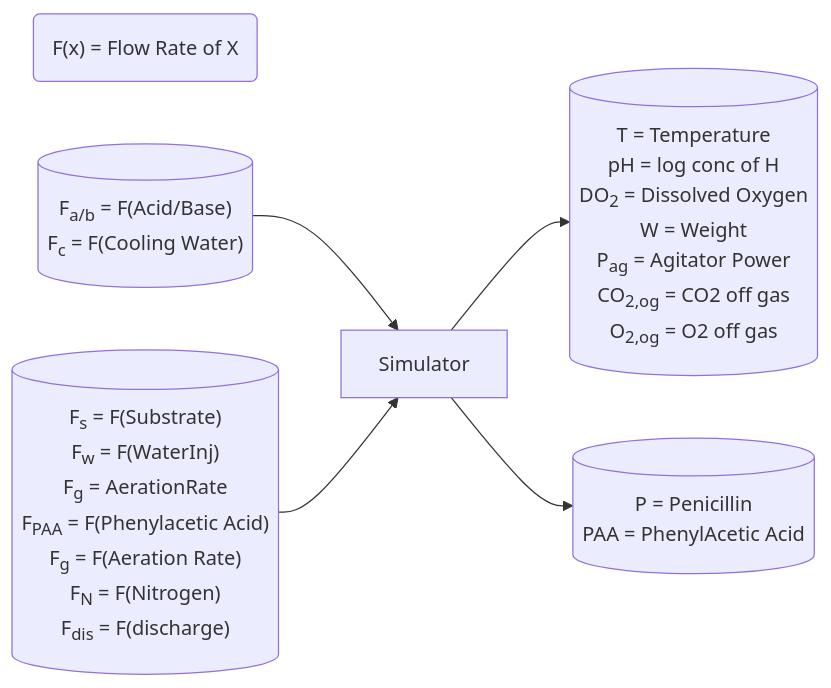
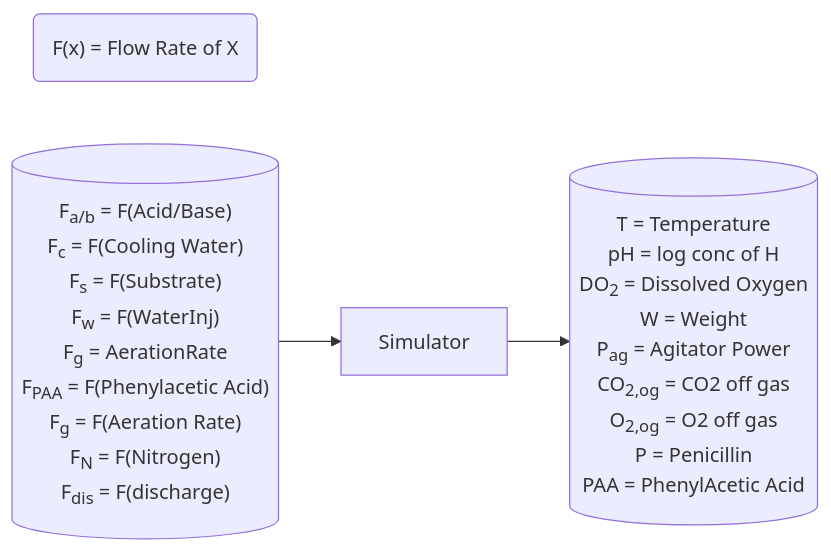
One commit to plutoniumm/MLTests changed the diagram in docs/paper.md. Above: the diagram before and after it, drawn with Mermaid. The commit also changed 2 other files, not shown here.

Commit message:
CSON has highlighting

````diff
--- a/docs/paper.md
+++ b/docs/paper.md
@@ -7,35 +7,32 @@
 ```mermaid
 flowchart LR
 
 Legend1("F(x) = Flow Rate of X")
 
 Sim[Simulator]
 
-AutoInputs[("
+ManInputs[("
 F<sub>a/b</sub> = F(Acid/Base)
-F<sub>c</sub> = F(Cooling Water)")]
-ManInputs[("
+F<sub>c</sub> = F(Cooling Water)
 F<sub>s</sub> = F(Substrate)
 F<sub>w</sub> = F(WaterInj)
 F<sub>g</sub> = AerationRate
 F<sub>PAA</sub> = F(Phenylacetic Acid)
 F<sub>g</sub> = F(Aeration Rate)
 F<sub>N</sub> = F(Nitrogen)
 F<sub>dis</sub> = F(discharge)")]
 
 SensorOutputs[("
 T = Temperature
 pH = log conc of H
 DO<sub>2</sub> = Dissolved Oxygen
 W = Weight
 P<sub>ag</sub> = Agitator Power
 CO<sub>2,og</sub> = CO2 off gas
 O<sub>2,og</sub> = O2 off gas
-")]
-PhysOutputs[("
 P = Penicillin
 PAA = PhenylAcetic Acid
 ")]
 
-AutoInputs & ManInputs --> Sim --> SensorOutputs & PhysOutputs
+ManInputs --> Sim --> SensorOutputs
 ```
````
